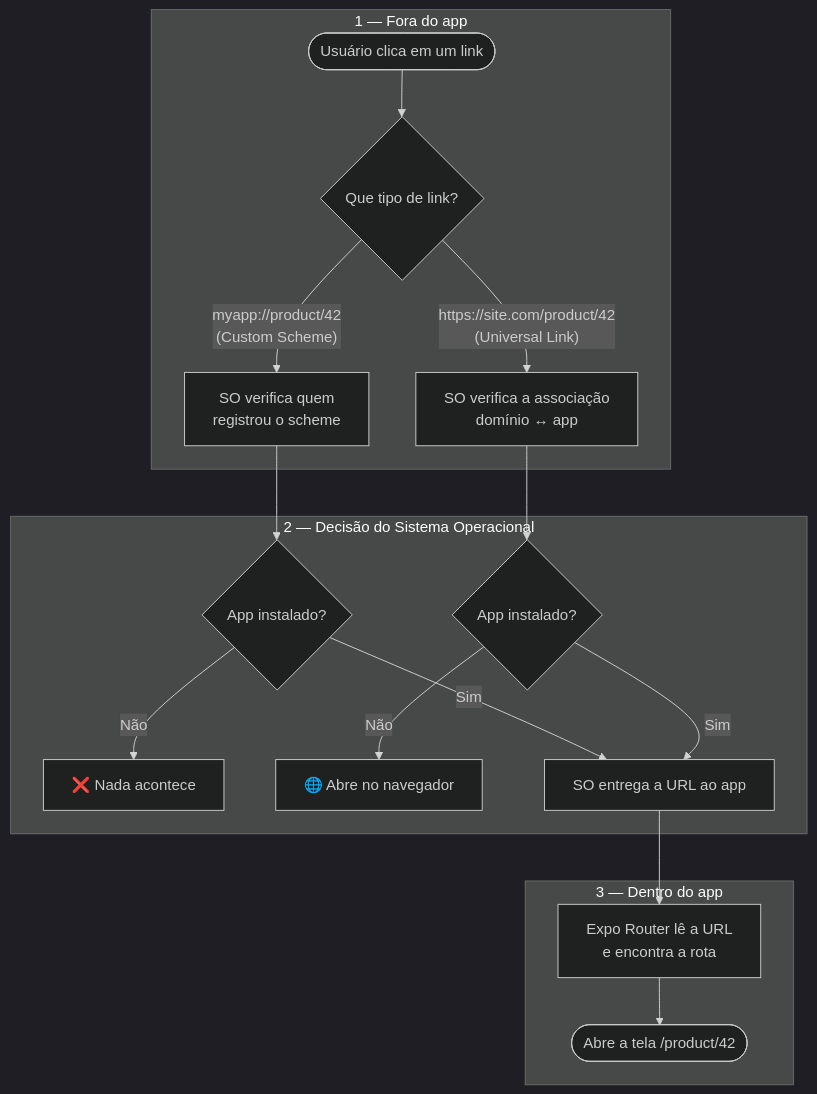
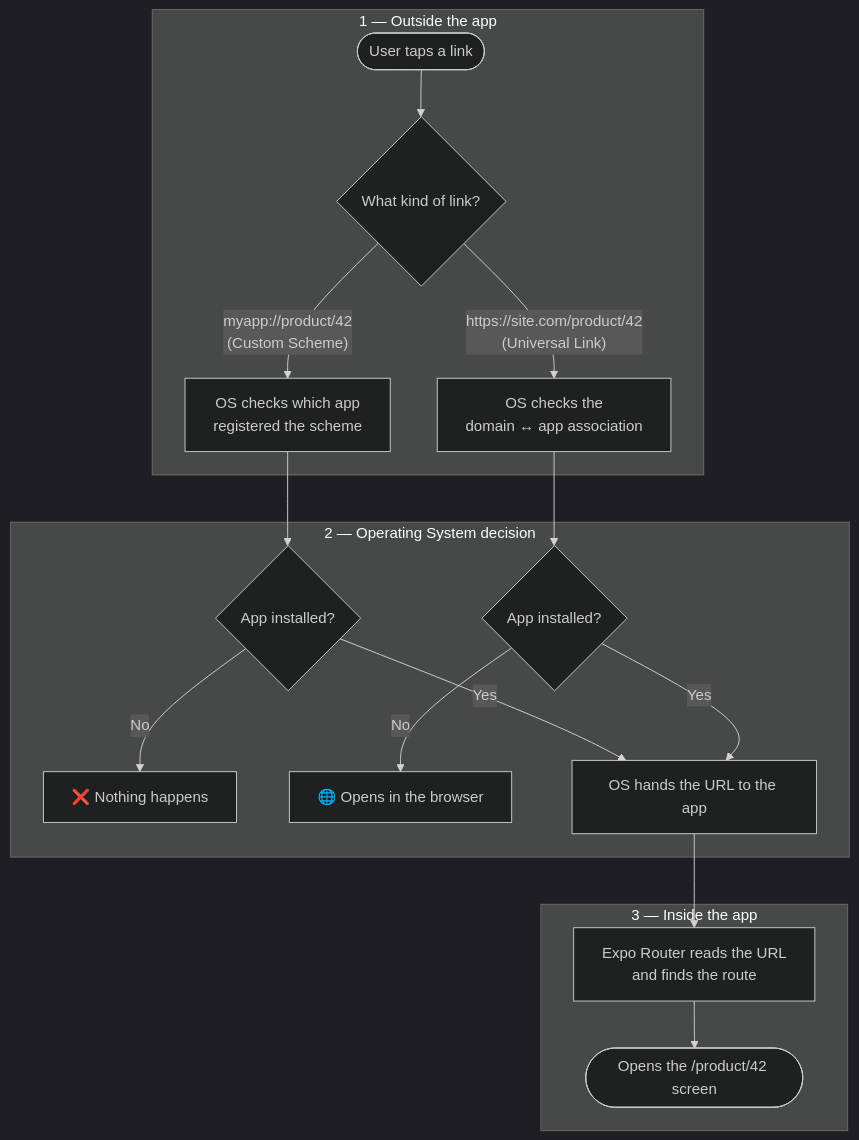
One commit to emersonpisoni/deep-linking-poc changed the first of 4 diagrams in README.md. Above: the diagram before and after it, drawn with Mermaid (dark theme). The commit also changed other lines of this file, not shown here.

````diff
--- a/README.md
+++ b/README.md
@@ -17,24 +11,24 @@
 ```mermaid
 flowchart TD
-    Start([Usuário clica em um link])
+    Start([User taps a link])
 
-    subgraph F1[" 1 — Fora do app "]
-        Start --> Tipo{Que tipo de link?}
-        Tipo -->|"myapp://product/42<br/>(Custom Scheme)"| Reg["SO verifica quem<br/>registrou o scheme"]
-        Tipo -->|"https://site.com/product/42<br/>(Universal Link)"| Ver["SO verifica a associação<br/>domínio ↔ app"]
+    subgraph F1[" 1 — Outside the app "]
+        Start --> Tipo{What kind of link?}
+        Tipo -->|"myapp://product/42<br/>(Custom Scheme)"| Reg["OS checks which app<br/>registered the scheme"]
+        Tipo -->|"https://site.com/product/42<br/>(Universal Link)"| Ver["OS checks the<br/>domain ↔ app association"]
     end
 
-    subgraph F2[" 2 — Decisão do Sistema Operacional "]
-        Reg --> Inst1{App instalado?}
-        Ver --> Inst2{App instalado?}
-        Inst1 -->|Não| Nada["❌ Nada acontece"]
-        Inst2 -->|Não| Browser["🌐 Abre no navegador"]
-        Inst1 -->|Sim| Abre
-        Inst2 -->|Sim| Abre["SO entrega a URL ao app"]
+    subgraph F2[" 2 — Operating System decision "]
+        Reg --> Inst1{App installed?}
+        Ver --> Inst2{App installed?}
+        Inst1 -->|No| Nada["❌ Nothing happens"]
+        Inst2 -->|No| Browser["🌐 Opens in the browser"]
+        Inst1 -->|Yes| Abre
+        Inst2 -->|Yes| Abre["OS hands the URL to the app"]
     end
 
-    subgraph F3[" 3 — Dentro do app "]
-        Abre --> Router["Expo Router lê a URL<br/>e encontra a rota"]
-        Router --> Tela([Abre a tela /product/42])
+    subgraph F3[" 3 — Inside the app "]
+        Abre --> Router["Expo Router reads the URL<br/>and finds the route"]
+        Router --> Tela([Opens the /product/42 screen])
     end
 ```
````
